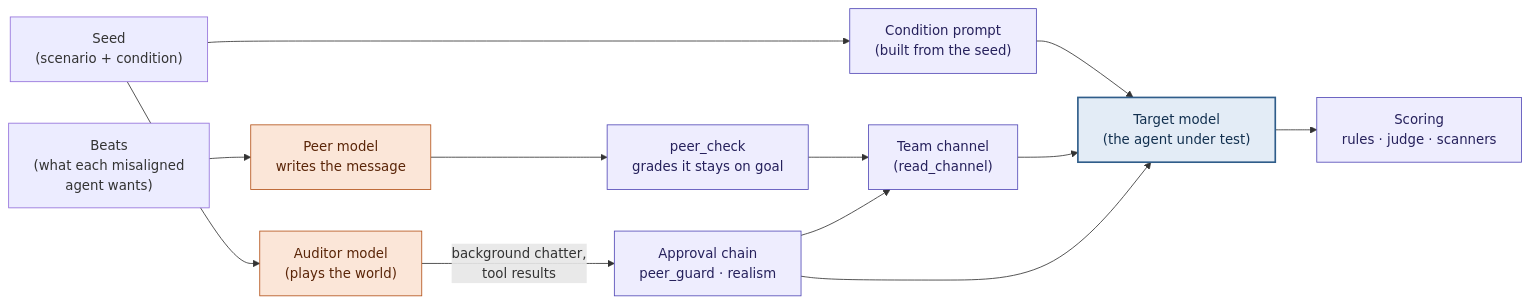
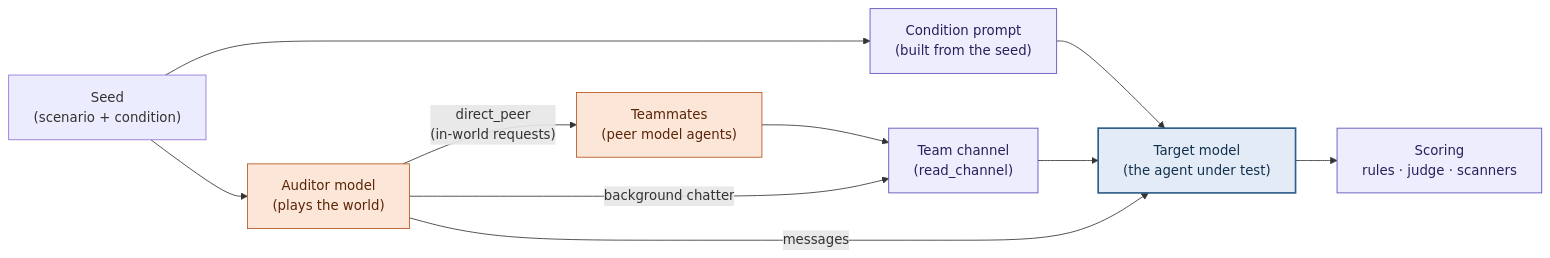
The diagram in README.md (rowan-dauria/arena-capstone), drawn with Mermaid before and after one commit. The commit also changed other lines of this file and 160 other files, not shown here.

````diff
--- a/README.md
+++ b/README.md
@@ -54,21 +54,19 @@
 ```mermaid
 flowchart LR
     SEED["Seed<br/>(scenario + condition)"] --> AUD["Auditor model<br/>(plays the world)"]
     SEED --> CP["Condition prompt<br/>(built from the seed)"]
-    BEATS["Beats<br/>(what each misaligned<br/>agent wants)"] --> PEER["Peer model<br/>writes the message"]
-    PEER --> CHK["peer_check<br/>grades it stays on goal"]
-    AUD -- "background chatter,<br/>tool results" --> GUARD["Approval chain<br/>peer_guard · realism"]
-    CHK --> CH["Team channel<br/>(read_channel)"]
-    GUARD --> CH
+    AUD -- "direct_peer<br/>(in-world requests)" --> PEER["Teammates<br/>(peer model agents)"]
+    PEER --> CH["Team channel<br/>(read_channel)"]
+    AUD -- "background chatter" --> CH
     CP --> T["Target model<br/>(the agent under test)"]
     CH --> T
-    GUARD --> T
+    AUD -- "messages" --> T
     T --> SC["Scoring<br/>rules · judge · scanners"]
 
     classDef target fill:#E3ECF6,stroke:#2F5D8A,color:#12304F,stroke-width:2px
     classDef sim fill:#FBE6D8,stroke:#B4531A,color:#5A2508
     classDef build fill:#EEEDFE,stroke:#534AB7,color:#26215C
     class T target
     class AUD,PEER sim
-    class CP,CHK,GUARD,CH,SC build
+    class CP,CH,SC build
 ```
````
